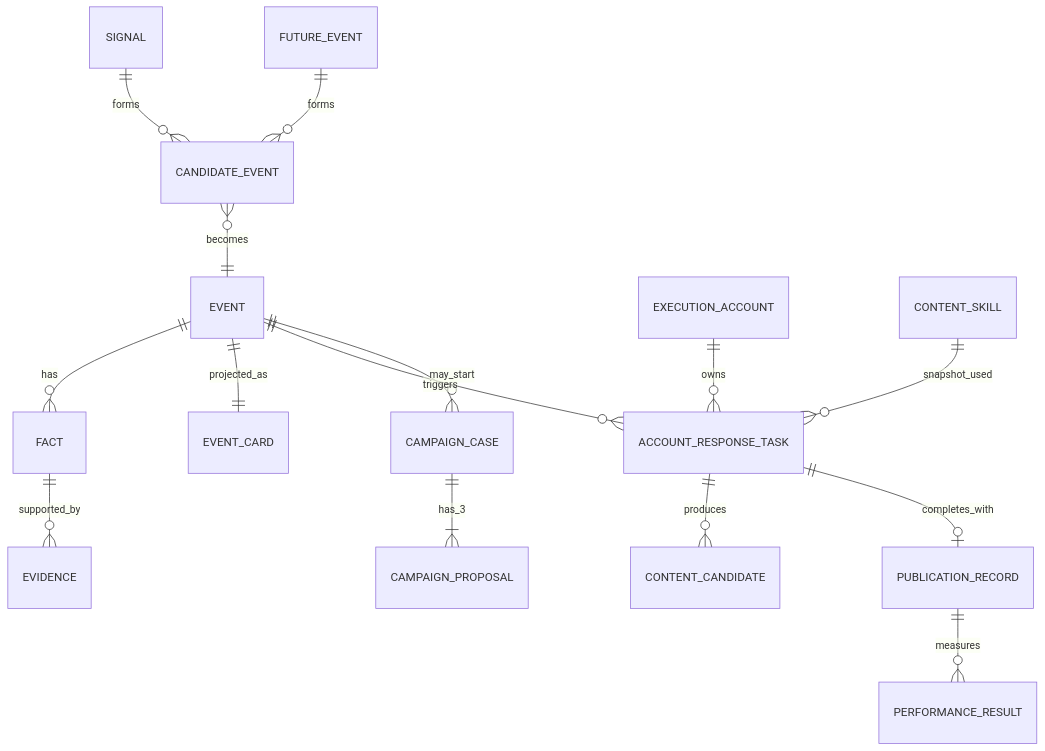
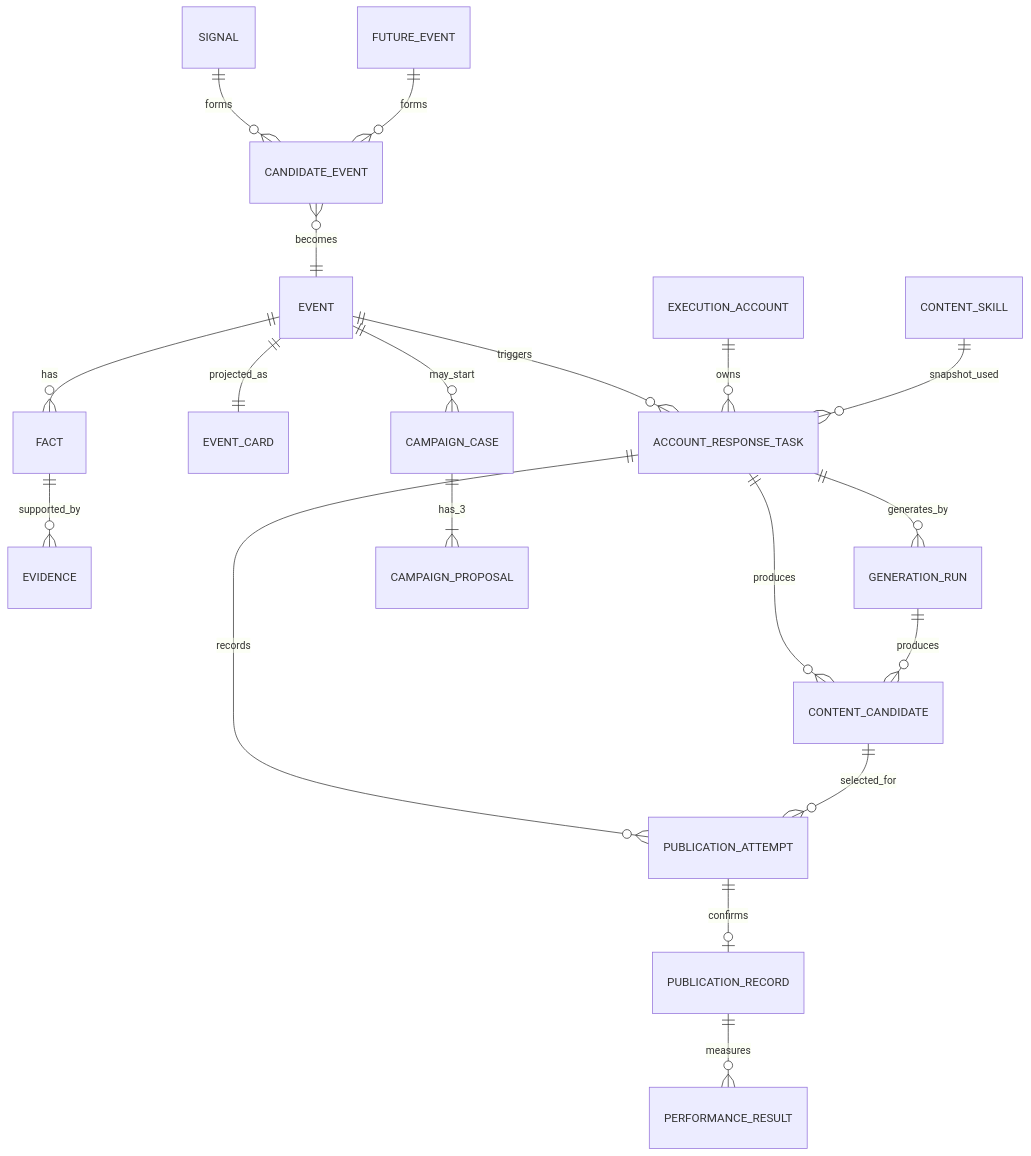
Before and after one commit to RACHEL-cmd108/Hotspot: the diagram in docs/architecture/arch-03-data-architecture.md, drawn with Mermaid. The commit also changed other lines of this file and 10 other files, not shown here.

````diff
--- a/docs/architecture/arch-03-data-architecture.md
+++ b/docs/architecture/arch-03-data-architecture.md
@@ -3,17 +3,21 @@
 ```mermaid
 erDiagram
   SIGNAL ||--o{ CANDIDATE_EVENT : forms
   FUTURE_EVENT ||--o{ CANDIDATE_EVENT : forms
   CANDIDATE_EVENT }o--|| EVENT : becomes
   EVENT ||--o{ FACT : has
   FACT ||--o{ EVIDENCE : supported_by
   EVENT ||--|| EVENT_CARD : projected_as
   EVENT ||--o{ ACCOUNT_RESPONSE_TASK : triggers
   EXECUTION_ACCOUNT ||--o{ ACCOUNT_RESPONSE_TASK : owns
   CONTENT_SKILL ||--o{ ACCOUNT_RESPONSE_TASK : snapshot_used
   ACCOUNT_RESPONSE_TASK ||--o{ CONTENT_CANDIDATE : produces
-  ACCOUNT_RESPONSE_TASK ||--o| PUBLICATION_RECORD : completes_with
+  ACCOUNT_RESPONSE_TASK ||--o{ GENERATION_RUN : generates_by
+  GENERATION_RUN ||--o{ CONTENT_CANDIDATE : produces
+  ACCOUNT_RESPONSE_TASK ||--o{ PUBLICATION_ATTEMPT : records
+  CONTENT_CANDIDATE ||--o{ PUBLICATION_ATTEMPT : selected_for
+  PUBLICATION_ATTEMPT ||--o| PUBLICATION_RECORD : confirms
   PUBLICATION_RECORD ||--o{ PERFORMANCE_RESULT : measures
   EVENT ||--o{ CAMPAIGN_CASE : may_start
   CAMPAIGN_CASE ||--|{ CAMPAIGN_PROPOSAL : has_3
 ```
````
